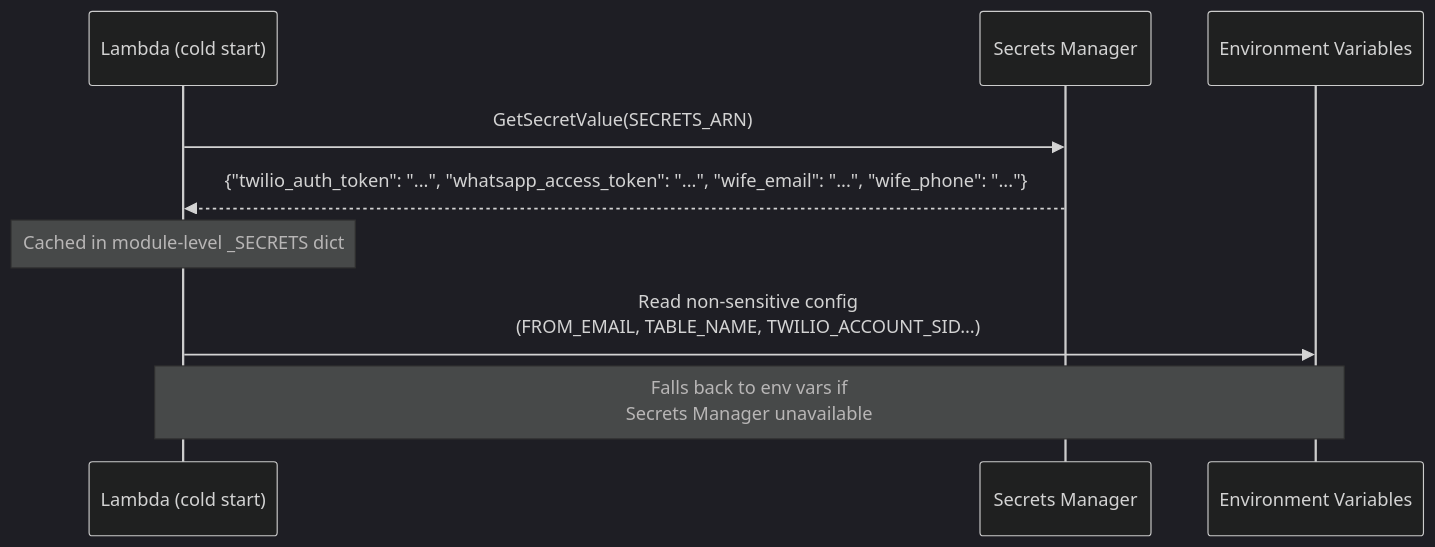
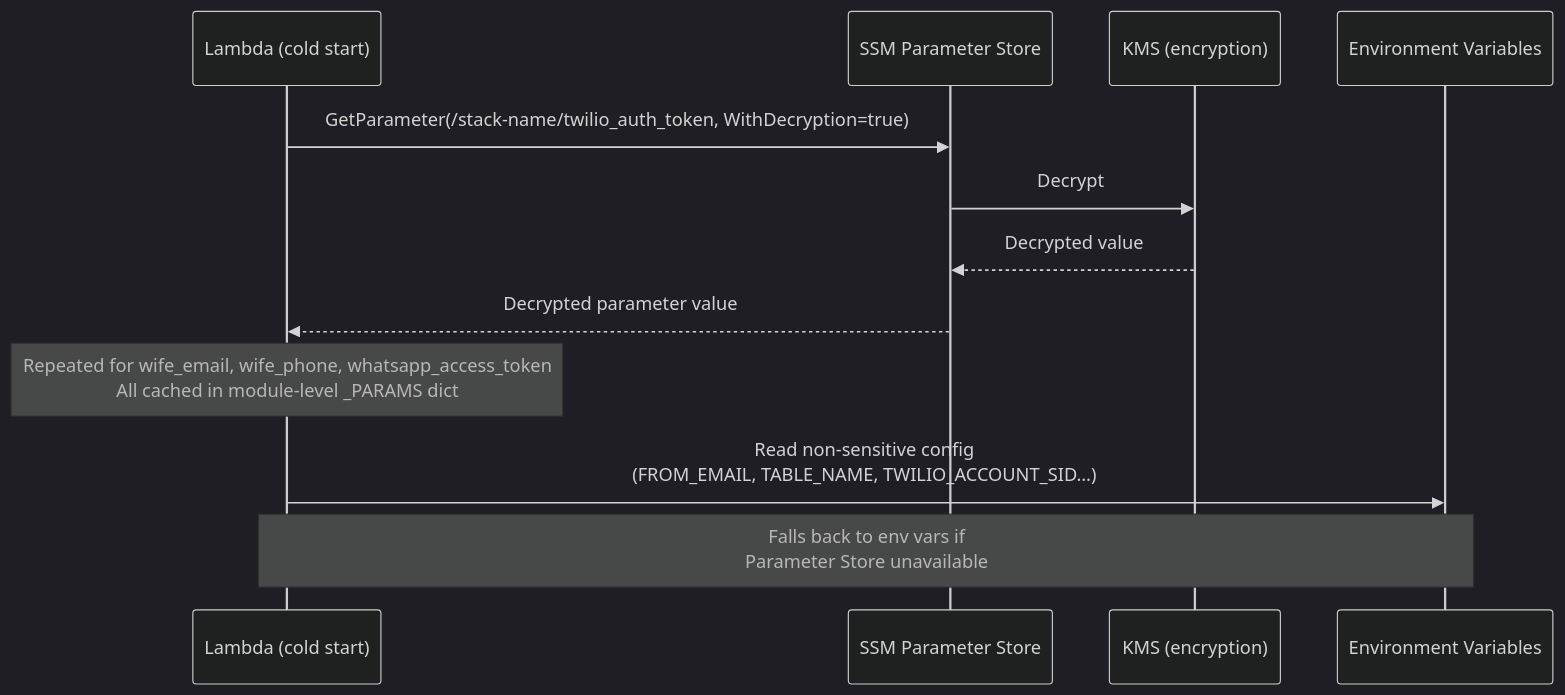
Before and after one commit to baldrickuk/washingmachine-notifications: the seventh of 12 diagrams in docs/architecture.md, drawn with Mermaid. The commit also changed other lines of this file, not shown here.

First line of the commit message:
docs: update architecture diagram and docs to include S3 and reflect SSM migration

````diff
--- a/docs/architecture.md
+++ b/docs/architecture.md
@@ -304,15 +308,19 @@
 ```mermaid
 %%{init: {'theme': 'dark', 'themeVariables': {'primaryColor': '#1e3a5f', 'primaryTextColor': '#c9d1d9', 'primaryBorderColor': '#4a7ab5', 'lineColor': '#58a6ff', 'edgeLabelBackground': '#0d1117'}}}%%
 
 sequenceDiagram
     participant L  as Lambda (cold start)
-    participant SM as Secrets Manager
+    participant SSM as SSM Parameter Store
+    participant KMS as KMS (encryption)
     participant ENV as Environment Variables
 
-    L->>SM: GetSecretValue(SECRETS_ARN)
-    SM-->>L: {"twilio_auth_token": "...", "whatsapp_access_token": "...", "wife_email": "...", "wife_phone": "..."}
-    Note over L: Cached in module-level _SECRETS dict
+    L->>SSM: GetParameter(/stack-name/twilio_auth_token, WithDecryption=true)
+    SSM->>KMS: Decrypt
+    KMS-->>SSM: Decrypted value
+    SSM-->>L: Decrypted parameter value
+    
+    Note over L: Repeated for wife_email, wife_phone, whatsapp_access_token<br/>All cached in module-level _PARAMS dict
 
     L->>ENV: Read non-sensitive config<br/>(FROM_EMAIL, TABLE_NAME, TWILIO_ACCOUNT_SID…)
-    Note over L,ENV: Falls back to env vars if<br/>Secrets Manager unavailable
+    Note over L,ENV: Falls back to env vars if<br/>Parameter Store unavailable
 ```
````
